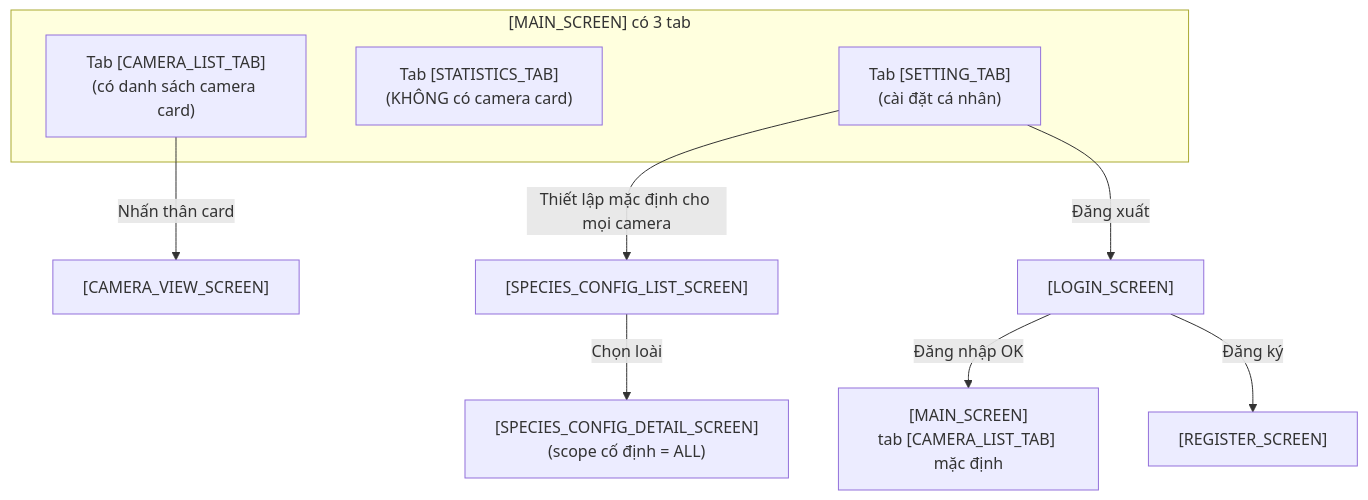
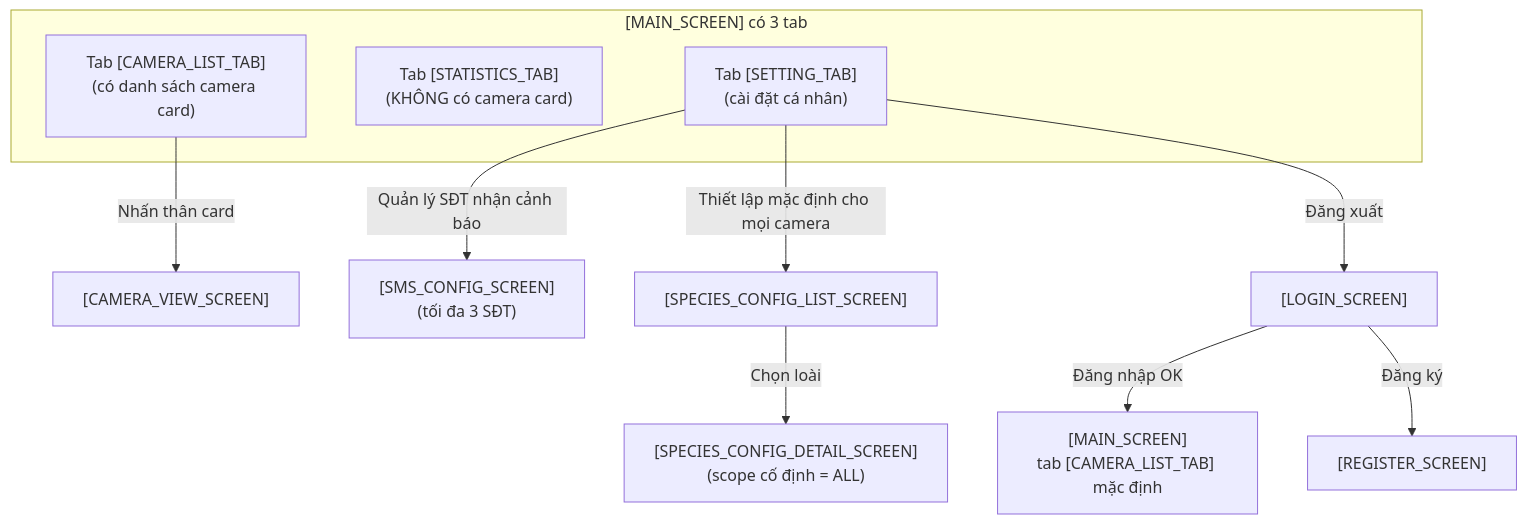
Before and after one commit to trungnguyenthien/Wildlife-Warning-and-Deterrence-System: the diagram in outputs/dac-ta-man-hinh-android-app.md, drawn with Mermaid. The commit also changed other lines of this file, not shown here.

Commit message:
docs: update Android app documentation for SMS configuration management and screen navigation

````diff
--- a/outputs/dac-ta-man-hinh-android-app.md
+++ b/outputs/dac-ta-man-hinh-android-app.md
@@ -395,24 +481,28 @@
 ```mermaid
 flowchart TD
     Login["[LOGIN_SCREEN]"] -->|"Đăng nhập OK"| Main["[MAIN_SCREEN]<br/>tab [CAMERA_LIST_TAB] mặc định"]
     Login -->|"Đăng ký"| Reg["[REGISTER_SCREEN]"]
 
     %% Trong [MAIN_SCREEN] chỉ tab [CAMERA_LIST_TAB] mới có danh sách camera
     subgraph MainTabs["[MAIN_SCREEN] có 3 tab"]
         TabCL["Tab [CAMERA_LIST_TAB]<br/>(có danh sách camera card)"]
         TabS["Tab [STATISTICS_TAB]<br/>(KHÔNG có camera card)"]
         TabSet["Tab [SETTING_TAB]<br/>(cài đặt cá nhân)"]
     end
 
     %% Nhấn thân card → mở CAMERA_VIEW_SCREEN
     TabCL -->|"Nhấn thân card"| CamView["[CAMERA_VIEW_SCREEN]"]
 
+    %% Quản lý SĐT nhận cảnh báo: từ tab SETTING → SMS_CONFIG_SCREEN
+    SmsConfig["[SMS_CONFIG_SCREEN]<br/>(tối đa 3 SĐT)"]
+    TabSet -->|"Quản lý SĐT nhận cảnh báo"| SmsConfig
+
     %% Cấu hình ứng phó: đi từ tab SETTING → SPECIES_CONFIG_LIST → SPECIES_CONFIG_DETAIL
     SpList["[SPECIES_CONFIG_LIST_SCREEN]"]
     SpDetail["[SPECIES_CONFIG_DETAIL_SCREEN]<br/>(scope cố định = ALL)"]
     TabSet -->|"Thiết lập mặc định cho mọi camera"| SpList
     SpList -->|"Chọn loài"| SpDetail
 
     %% Đăng xuất thẳng về LOGIN
     TabSet -->|"Đăng xuất"| Login
 ```
````
